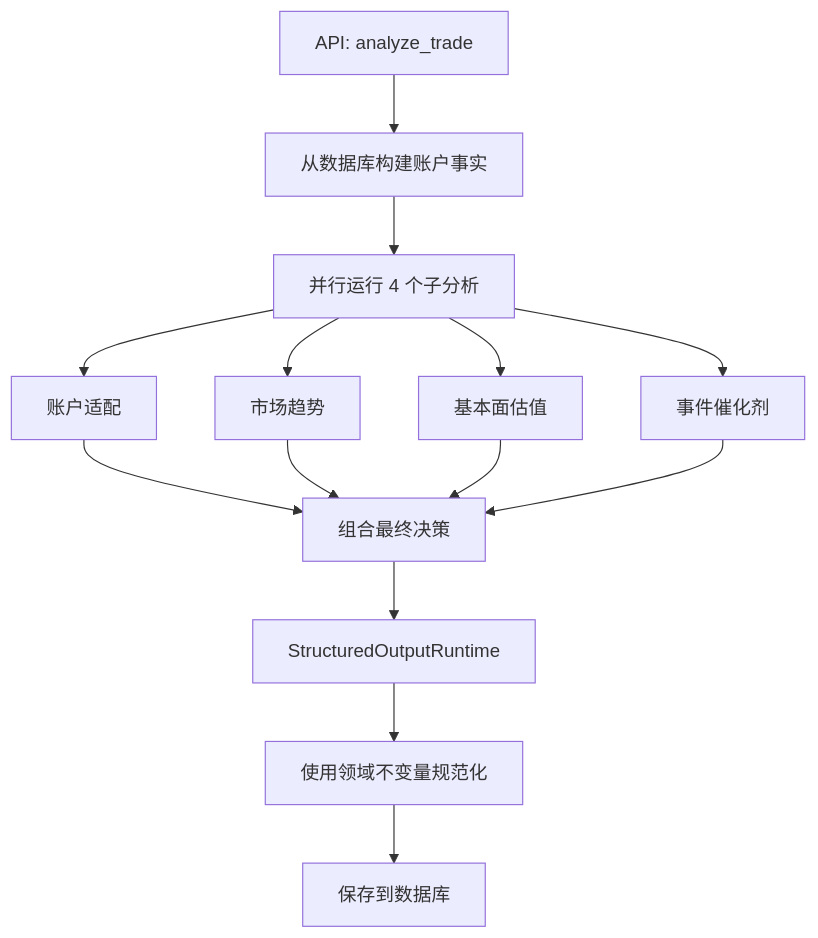
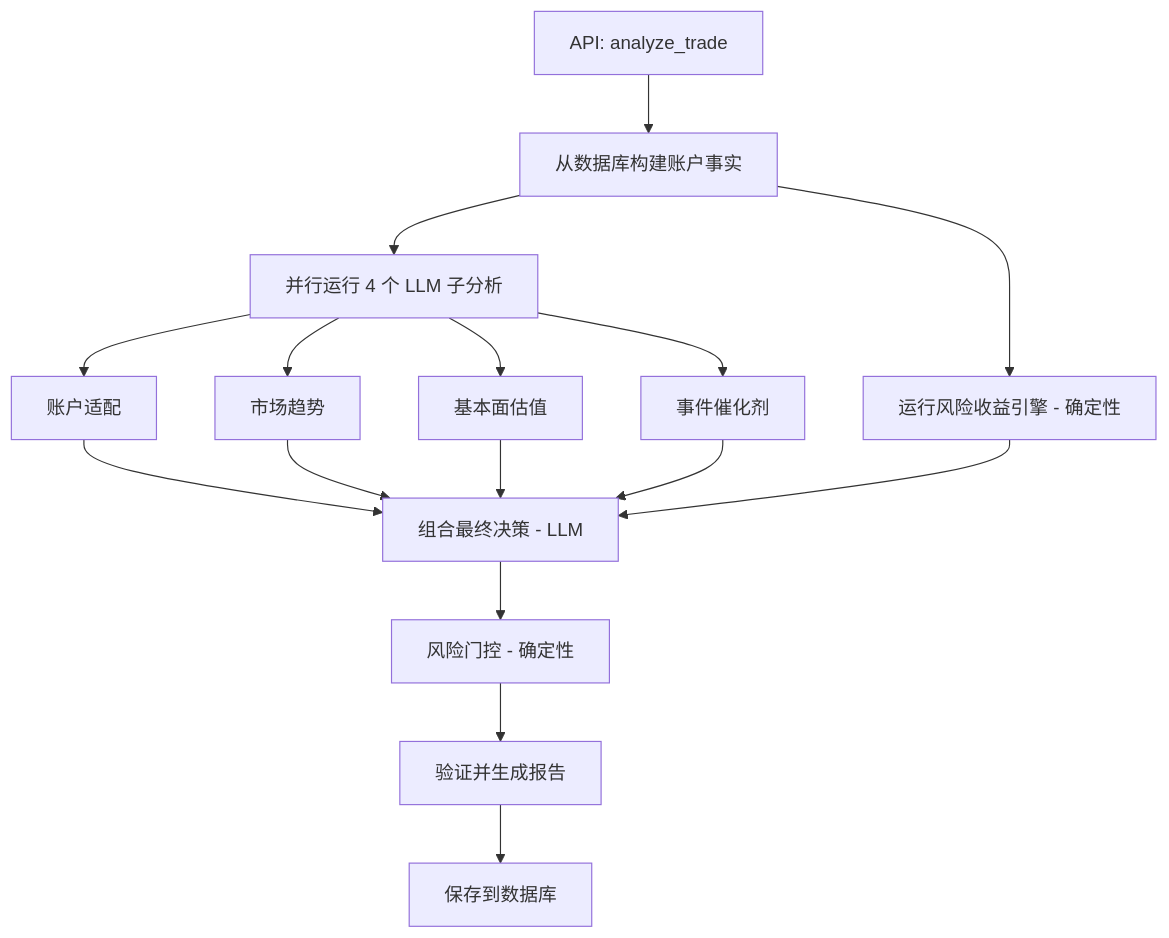
One commit to XUranus/ibkr-dash changed the diagram in docs/i18n/zh-CN/docusaurus-plugin-content-docs/current/agents/trade-decision.md. Above: the diagram before and after it, drawn with Mermaid. The commit also changed other lines of this file and 5 other files, not shown here.

````diff
--- a/docs/i18n/zh-CN/docusaurus-plugin-content-docs/current/agents/trade-decision.md
+++ b/docs/i18n/zh-CN/docusaurus-plugin-content-docs/current/agents/trade-decision.md
@@ -13,19 +13,21 @@
 ```mermaid
 flowchart TD
     A[API: analyze_trade] --> B[从数据库构建账户事实]
-    B --> C[并行运行 4 个子分析]
+    B --> C[并行运行 4 个 LLM 子分析]
+    B --> D[运行风险收益引擎 - 确定性]
 
-    C --> D[账户适配]
-    C --> E[市场趋势]
-    C --> F[基本面估值]
-    C --> G[事件催化剂]
+    C --> E[账户适配]
+    C --> F[市场趋势]
+    C --> G[基本面估值]
+    C --> H[事件催化剂]
 
-    D --> H[组合最终决策]
-    E --> H
-    F --> H
-    G --> H
+    E --> I[组合最终决策 - LLM]
+    F --> I
+    G --> I
+    H --> I
+    D --> I
 
-    H --> I[StructuredOutputRuntime]
-    I --> J[使用领域不变量规范化]
-    J --> K[保存到数据库]
+    I --> J[风险门控 - 确定性]
+    J --> K[验证并生成报告]
+    K --> L[保存到数据库]
 ```
````
